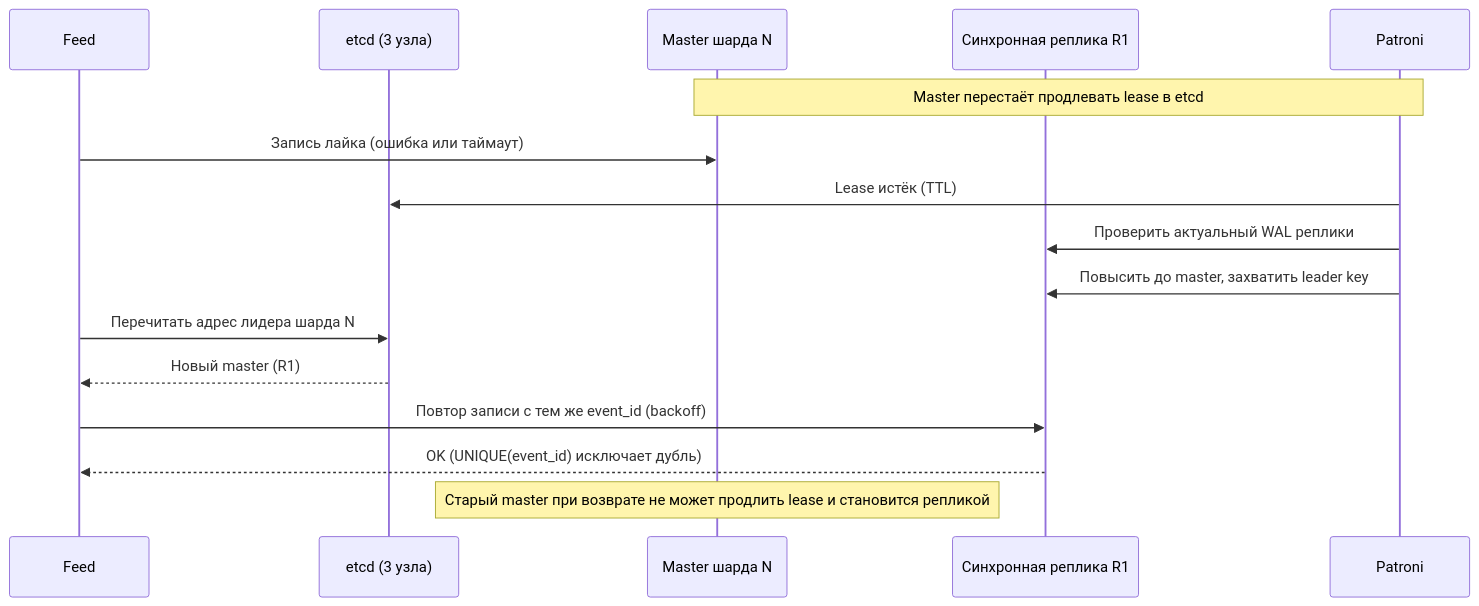
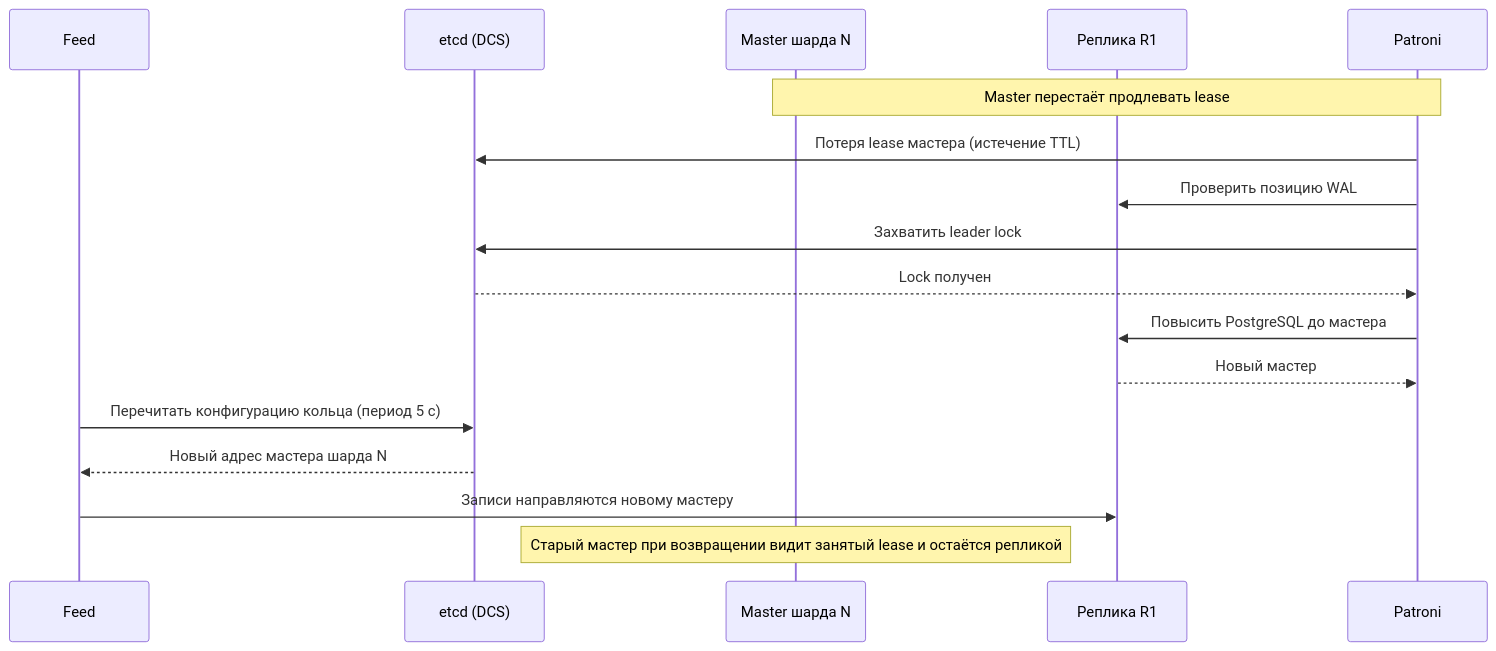
The sixth of 6 diagrams in docs/tr.md (spbu-ds-practicum-2026/apotheosis), drawn with Mermaid before and after one commit. The commit also changed other lines of this file, not shown here.

Commit message:
second task final

````diff
--- a/docs/tr.md
+++ b/docs/tr.md
@@ -392,19 +392,20 @@
 ```mermaid
 sequenceDiagram
   participant Feed
-  participant Etcd as etcd (3 узла)
+  participant Etcd as etcd (DCS)
   participant Master as Master шарда N
-  participant Replica as Синхронная реплика R1
+  participant Replica as Реплика R1
   participant Patroni
 
-  Note over Master,Patroni: Master перестаёт продлевать lease в etcd
-  Feed->>Master: Запись лайка (ошибка или таймаут)
-  Patroni->>Etcd: Lease истёк (TTL)
-  Patroni->>Replica: Проверить актуальный WAL реплики
-  Patroni->>Replica: Повысить до master, захватить leader key
-  Feed->>Etcd: Перечитать адрес лидера шарда N
-  Etcd-->>Feed: Новый master (R1)
-  Feed->>Replica: Повтор записи с тем же event_id (backoff)
-  Replica-->>Feed: OK (UNIQUE(event_id) исключает дубль)
-  Note over Master: Старый master при возврате не может продлить lease и становится репликой
+  Note over Master,Patroni: Master перестаёт продлевать lease
+  Patroni->>Etcd: Потеря lease мастера (истечение TTL)
+  Patroni->>Replica: Проверить позицию WAL
+  Patroni->>Etcd: Захватить leader lock
+  Etcd-->>Patroni: Lock получен
+  Patroni->>Replica: Повысить PostgreSQL до мастера
+  Replica-->>Patroni: Новый мастер
+  Feed->>Etcd: Перечитать конфигурацию кольца (период 5 с)
+  Etcd-->>Feed: Новый адрес мастера шарда N
+  Feed->>Replica: Записи направляются новому мастеру
+  Note over Master: Старый мастер при возвращении видит занятый lease и остаётся репликой
 ```
````
